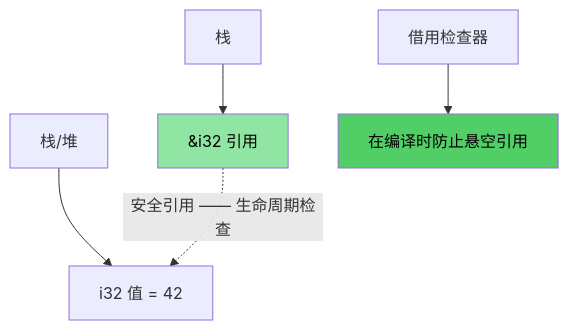
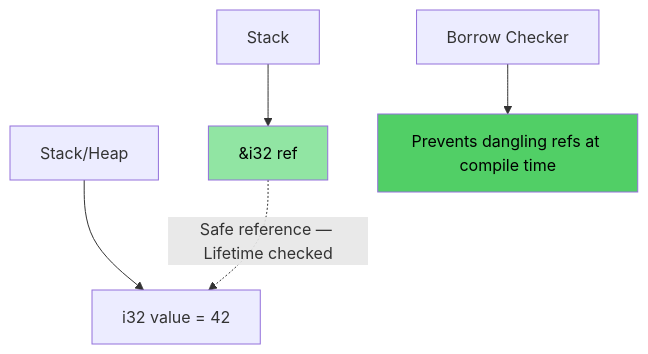
Before and after one commit to hex623/rust-training-zh: the second of 4 diagrams in src/ch01-introduction-and-motivation.md, drawn with Mermaid. The commit also changed other lines of this file and 21 other files, not shown here.

````diff
--- a/src/ch01-introduction-and-motivation.md
+++ b/src/ch01-introduction-and-motivation.md
@@ -118,10 +118,10 @@
 ```mermaid
 graph TD
-    RM1[栈] --> RP1["&i32 引用"]
-    RM2[栈/堆] --> RV1["i32 值 = 42"]
-    RP1 -.->|"安全引用 —— 生命周期检查"| RV1
-    RM3[借用检查器] --> RC1["在编译时防止悬空引用"]
+    RM1[Stack] --> RP1["&i32 ref"]
+    RM2[Stack/Heap] --> RV1["i32 value = 42"]
+    RP1 -.->|"Safe reference — Lifetime checked"| RV1
+    RM3[Borrow Checker] --> RC1["Prevents dangling refs at compile time"]
     
     style RC1 fill:#51cf66,color:#000
     style RP1 fill:#91e5a3,color:#000
 ```
````
